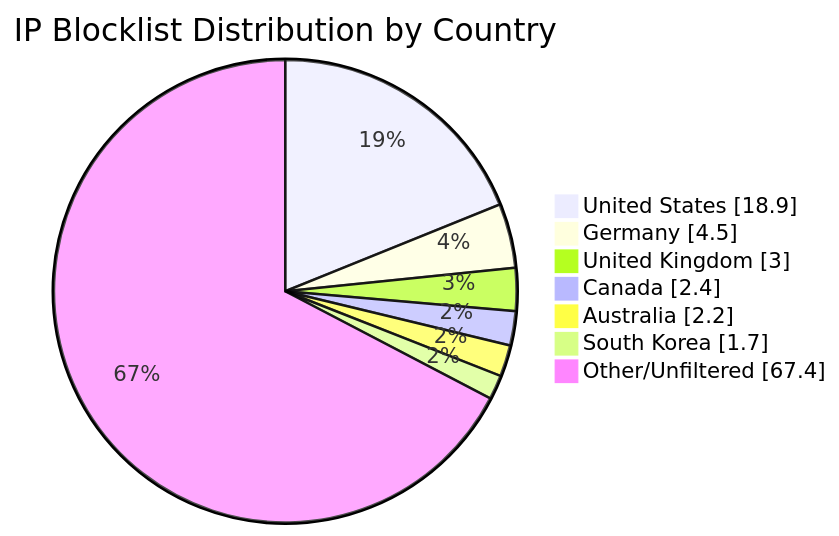
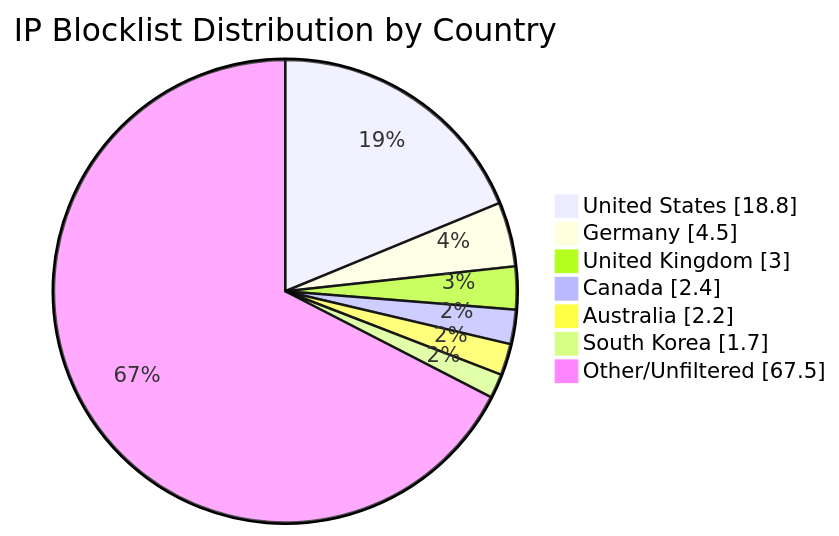
Before and after one commit to MarcusHoltz/ipblocklist-geofiltered-aggregator: the diagram in README.md, drawn with Mermaid. The commit also changed other lines of this file and 9 other files, not shown here.

````diff
--- a/README.md
+++ b/README.md
@@ -34,10 +34,10 @@
 ```mermaid
 pie showData title IP Blocklist Distribution by Country
-"United States" : 18.9
+"United States" : 18.8
 "Germany" : 4.5
 "United Kingdom" : 3.0
 "Canada" : 2.4
 "Australia" : 2.2
 "South Korea" : 1.7
-"Other/Unfiltered" : 67.4
+"Other/Unfiltered" : 67.5
 ```
````
